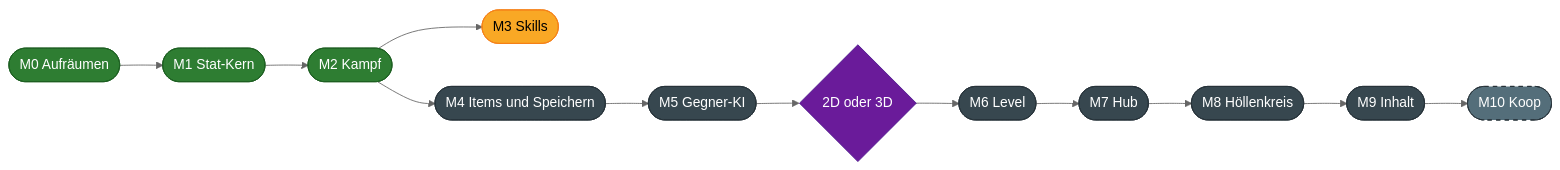
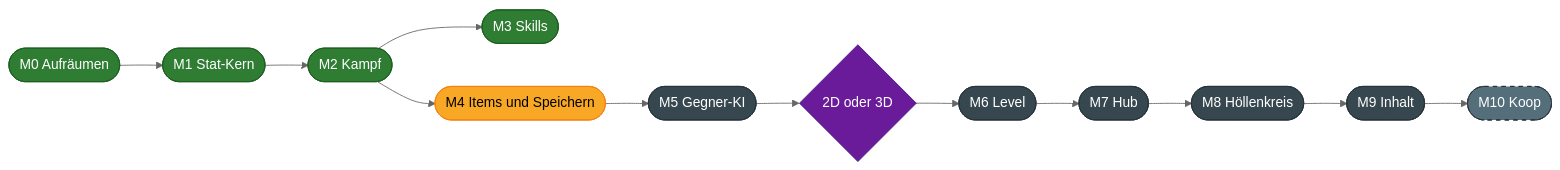
Before and after one commit to sharedboidev/Hoellenspiralenspiel: the diagram in README.md, drawn with Mermaid (neutral theme). The commit also changed other lines of this file and 112 other files, not shown here.

````diff
--- a/README.md
+++ b/README.md
@@ -205,15 +239,15 @@
 ```mermaid
 flowchart LR
     M0(["M0 Aufräumen"]):::done --> M1(["M1 Stat-Kern"]):::done --> M2(["M2 Kampf"]):::done
-    M2 --> M3(["M3 Skills"]):::next
-    M2 --> M4(["M4 Items und Speichern"]):::open
+    M2 --> M3(["M3 Skills"]):::done
+    M2 --> M4(["M4 Items und Speichern"]):::next
     M4 --> M5(["M5 Gegner-KI"]):::open --> D{"2D oder 3D"}:::decision
     D --> M6(["M6 Level"]):::open --> M7(["M7 Hub"]):::open --> M8(["M8 Höllenkreis"]):::open
     M8 --> M9(["M9 Inhalt"]):::open --> M10(["M10 Koop"]):::optional
 
     classDef done fill:#2e7d32,color:#ffffff,stroke:#1b5e20
     classDef next fill:#f9a825,color:#000000,stroke:#f57f17
     classDef open fill:#37474f,color:#ffffff,stroke:#263238
     classDef decision fill:#6a1b9a,color:#ffffff,stroke:#4a148c
     classDef optional fill:#546e7a,color:#ffffff,stroke:#263238,stroke-dasharray: 5 5
 ```
````
